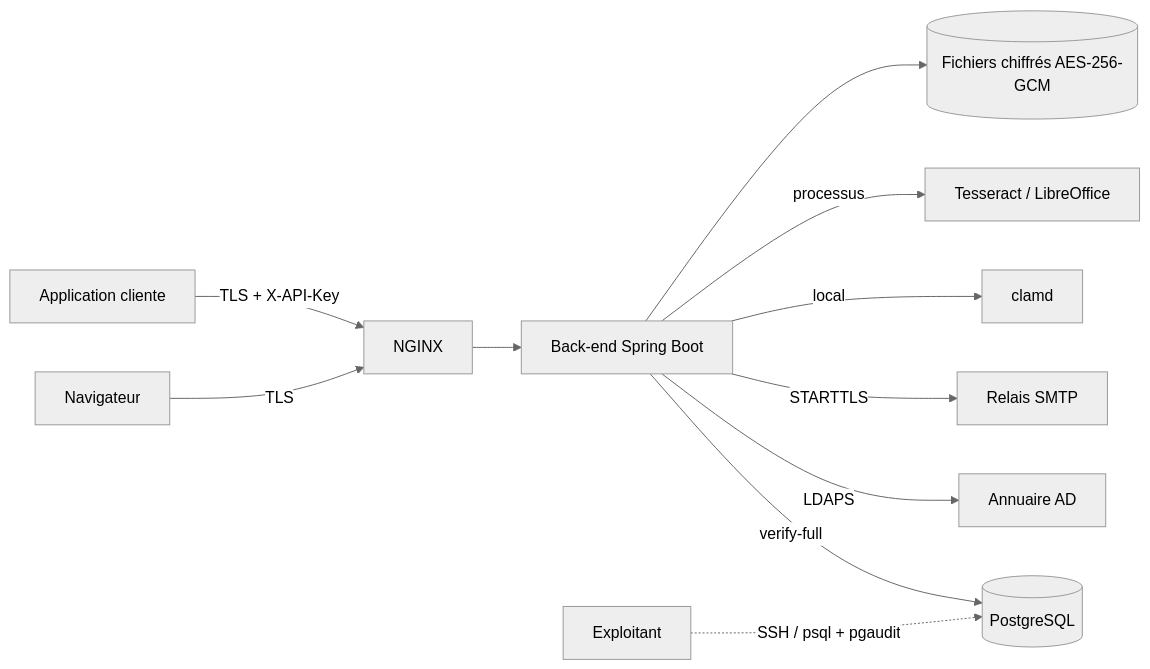
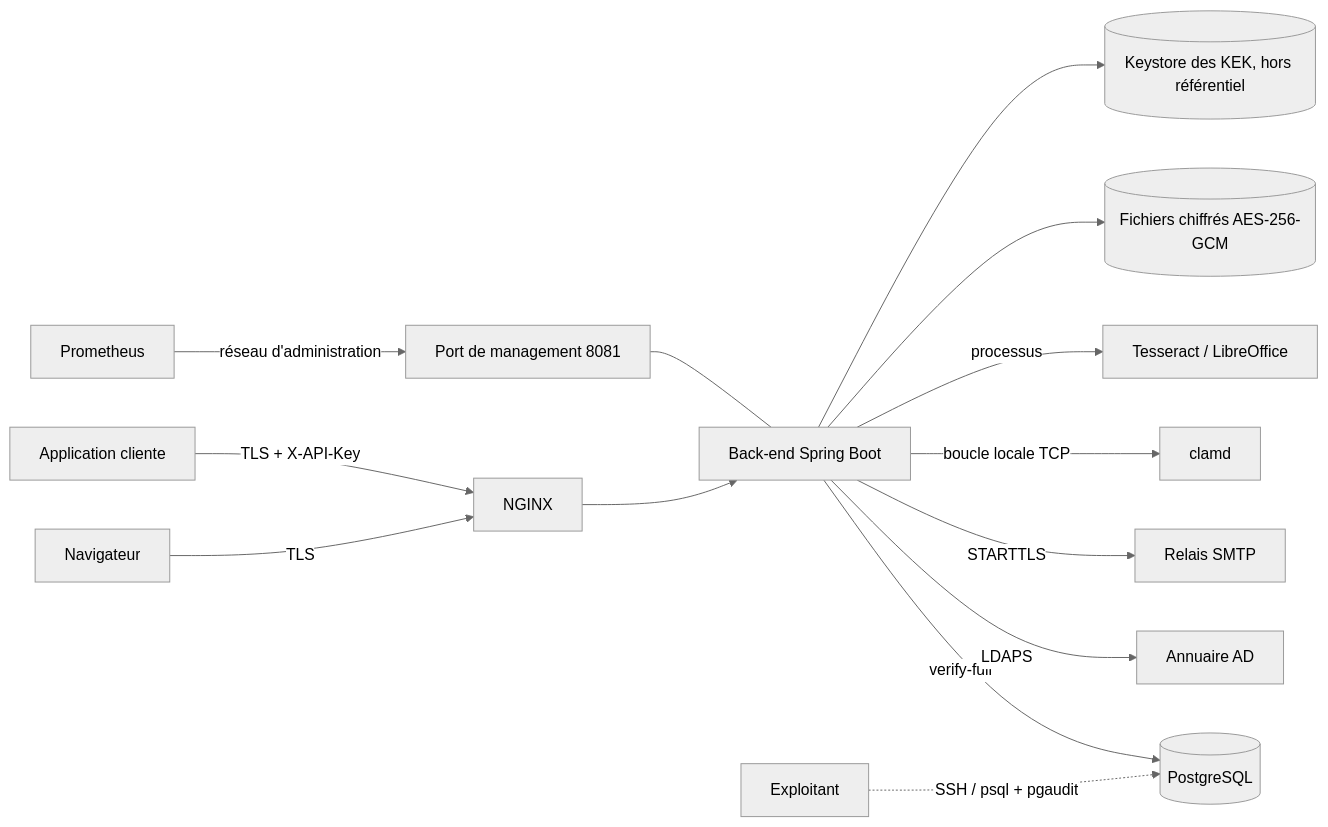
One commit to abddou2000/GED changed the diagram in docs/securite/MODELE-DE-MENACES.md. Above: the diagram before and after it, drawn with Mermaid (neutral theme). The commit also changed other lines of this file and 3 other files, not shown here.

````diff
--- a/docs/securite/MODELE-DE-MENACES.md
+++ b/docs/securite/MODELE-DE-MENACES.md
@@ -25,13 +38,16 @@
 ```mermaid
 flowchart LR
   U[Navigateur] -- TLS --> N[NGINX]
   A[Application cliente] -- TLS + X-API-Key --> N
   N --> B[Back-end Spring Boot]
   B -- verify-full --> P[(PostgreSQL)]
   B -- LDAPS --> L[Annuaire AD]
   B -- STARTTLS --> S[Relais SMTP]
-  B -- local --> C[clamd]
+  B -- boucle locale TCP --> C[clamd]
   B -- processus --> T[Tesseract / LibreOffice]
   B --> F[(Fichiers chiffrés AES-256-GCM)]
+  B --> K[(Keystore des KEK, hors référentiel)]
+  M[Prometheus] -- réseau d'administration --> BM[Port de management 8081]
+  BM --- B
   X[Exploitant] -. SSH / psql + pgaudit .-> P
 ```
````
